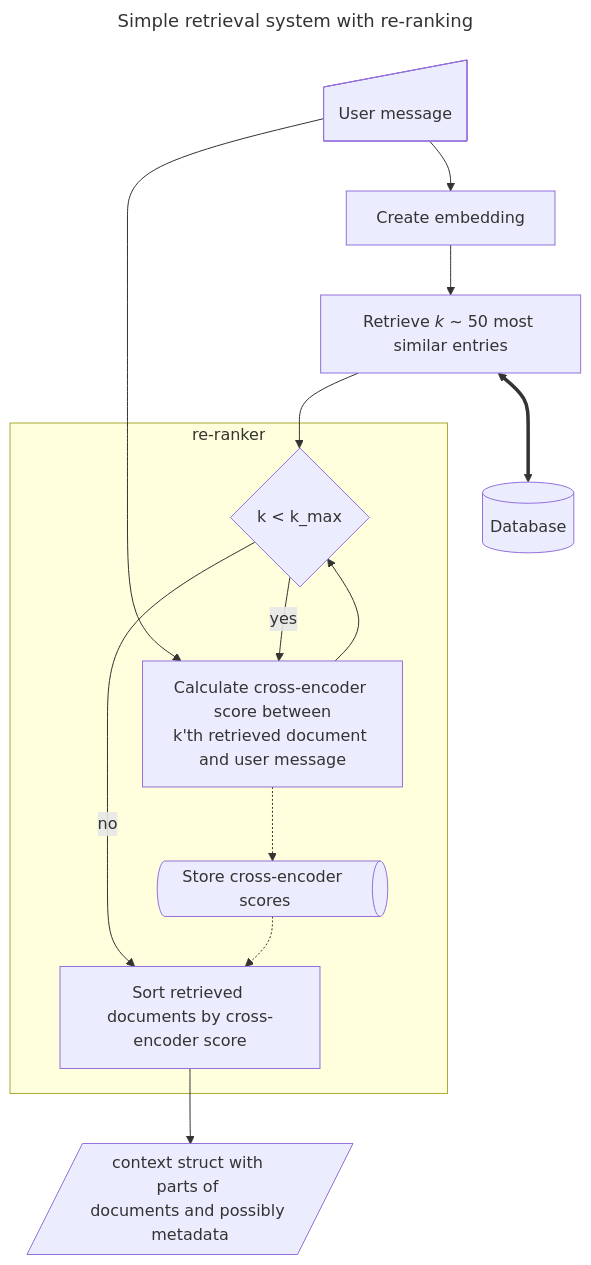
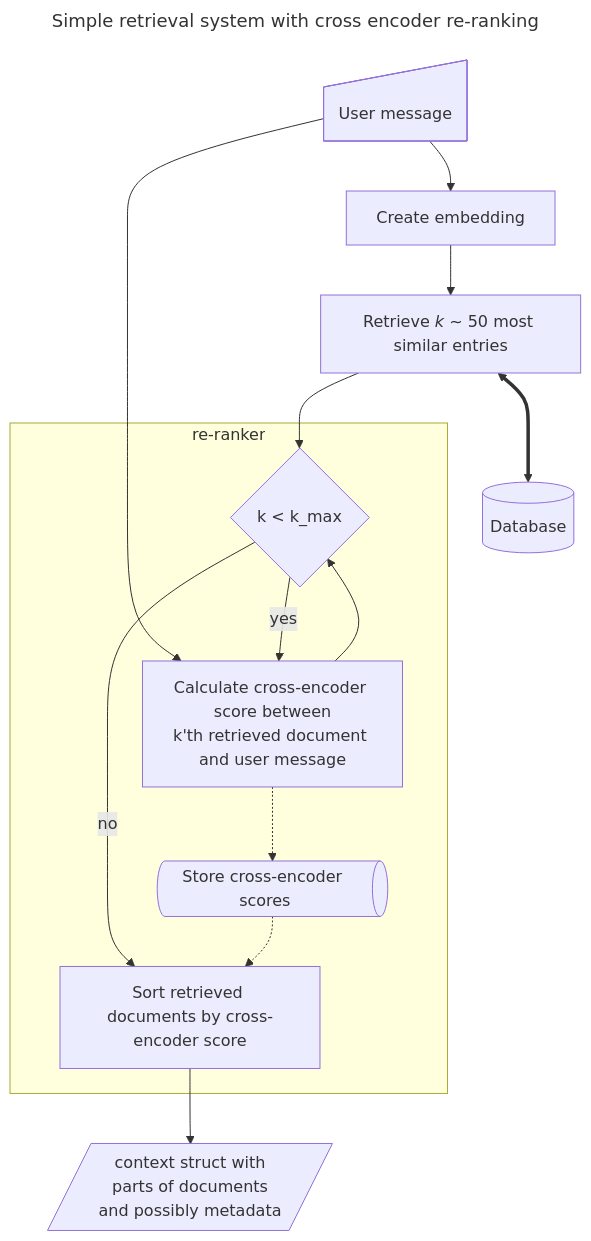
Before and after one commit to DKAndreasen/public-genai-governance: the second of 3 diagrams in docs/background/rag/retrival_system.md, drawn with Mermaid. The commit also changed other lines of this file, not shown here.

````diff
--- a/docs/background/rag/retrival_system.md
+++ b/docs/background/rag/retrival_system.md
@@ -31,32 +31,33 @@
 ```mermaid
 ---
-title: Simple retrieval system with re-ranking
+title: Simple retrieval system with cross encoder re-ranking
 ---
 graph TD;
     db[(Database)]
     input@{ shape: manual-input, label: "User message" }
     embed["Create embedding"]
     retriever["`Retrieve _k_ ~ 50 most similar entries`"]
-    output@{ shape: in-out, label: "context struct with parts of 
-    documents and possibly metadata" }
+    output@{ shape: in-out, label: "context struct with 
+    parts of documents 
+    and possibly metadata" }
     input --> embed
     embed --> retriever
     retriever <==> db
     retriever --> loopCondition
     input ----> crossEncoder
     
     subgraph re-ranker
         loopCondition@{ shape: decision, label: "k &lt; k_max"}
         crossEncoder["`Calculate cross-encoder score between
         k'th retrieved document and user message`"]
         storage@{ shape: das, label: "Store cross-encoder scores"}
         sorter["Sort retrieved documents by cross-encoder score"]
         loopCondition -- yes --> crossEncoder
         
         crossEncoder --> loopCondition
         loopCondition -- no ---> sorter
         crossEncoder -.-> storage
         storage -.-> sorter
     end
     sorter --> output
 ```
````
